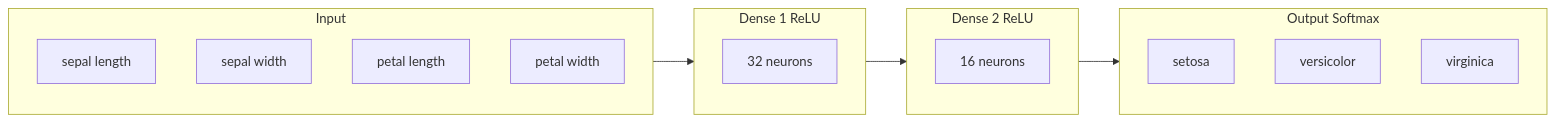
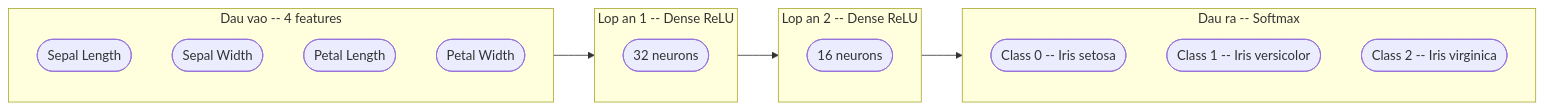
Diagram 11 of 16 in LAB_NOTES.md (minhducnt/iot-lab-yolouno), drawn with Mermaid before and after one commit. The commit also changed other lines of this file, not shown here.

First line of the commit message:
docs: redesign Iris model diagrams — clean labels, subgraphs, TD layout

````diff
--- a/LAB_NOTES.md
+++ b/LAB_NOTES.md
@@ -340,21 +354,27 @@
 ```mermaid
 flowchart LR
-    subgraph input [Input]
-        I1[sepal length]
-        I2[sepal width]
-        I3[petal length]
-        I4[petal width]
+    subgraph IN [Dau vao -- 4 features]
+        direction TB
+        I1([Sepal Length])
+        I2([Sepal Width])
+        I3([Petal Length])
+        I4([Petal Width])
     end
-    subgraph hidden1 [Dense 1 ReLU]
-        H1[32 neurons]
+
+    subgraph D1 [Lop an 1 -- Dense ReLU]
+        H1(["32 neurons"])
     end
-    subgraph hidden2 [Dense 2 ReLU]
-        H2[16 neurons]
+
+    subgraph D2 [Lop an 2 -- Dense ReLU]
+        H2(["16 neurons"])
     end
-    subgraph output [Output Softmax]
-        O1[setosa]
-        O2[versicolor]
-        O3[virginica]
+
+    subgraph OUT [Dau ra -- Softmax]
+        direction TB
+        O1([Class 0 -- Iris setosa])
+        O2([Class 1 -- Iris versicolor])
+        O3([Class 2 -- Iris virginica])
     end
-    input --> hidden1 --> hidden2 --> output
+
+    IN --> D1 --> D2 --> OUT
 ```
````
